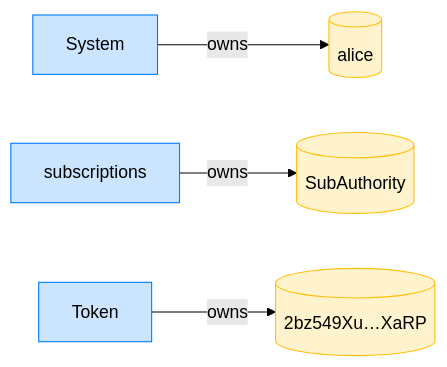
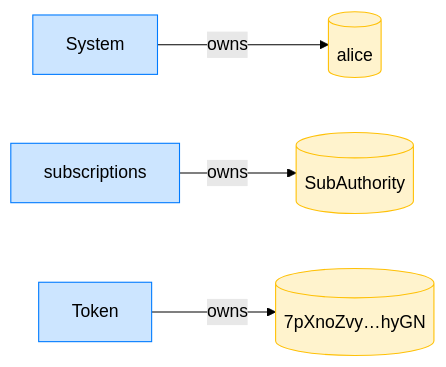
One commit to cds-rs/subscriptions changed the fourth of 12 diagrams in dsl_tests/the-delegator-can-revoke-a-sponsor-funded-delegation-before-expiry.md. Above: the diagram before and after it, drawn with Mermaid (forest theme). The commit also changed other lines of this file and 224 other files, not shown here.

````diff
--- a/dsl_tests/the-delegator-can-revoke-a-sponsor-funded-delegation-before-expiry.md
+++ b/dsl_tests/the-delegator-can-revoke-a-sponsor-funded-delegation-before-expiry.md
@@ -71,14 +76,14 @@
 ```mermaid
 flowchart LR
     classDef owner fill:#cce5ff,stroke:#007bff;
     classDef account fill:#fff3cd,stroke:#ffc107;
     System[System]:::owner
     alice[(alice)]:::account
     subscriptions[subscriptions]:::owner
     SubAuthority[(SubAuthority)]:::account
     Token[Token]:::owner
-    2bz549Xu_XaRP[("2bz549Xu…XaRP")]:::account
+    7pXnoZvy_hyGN[("7pXnoZvy…hyGN")]:::account
     System -->|owns| alice
     subscriptions -->|owns| SubAuthority
-    Token -->|owns| 2bz549Xu_XaRP
+    Token -->|owns| 7pXnoZvy_hyGN
 ```
````
